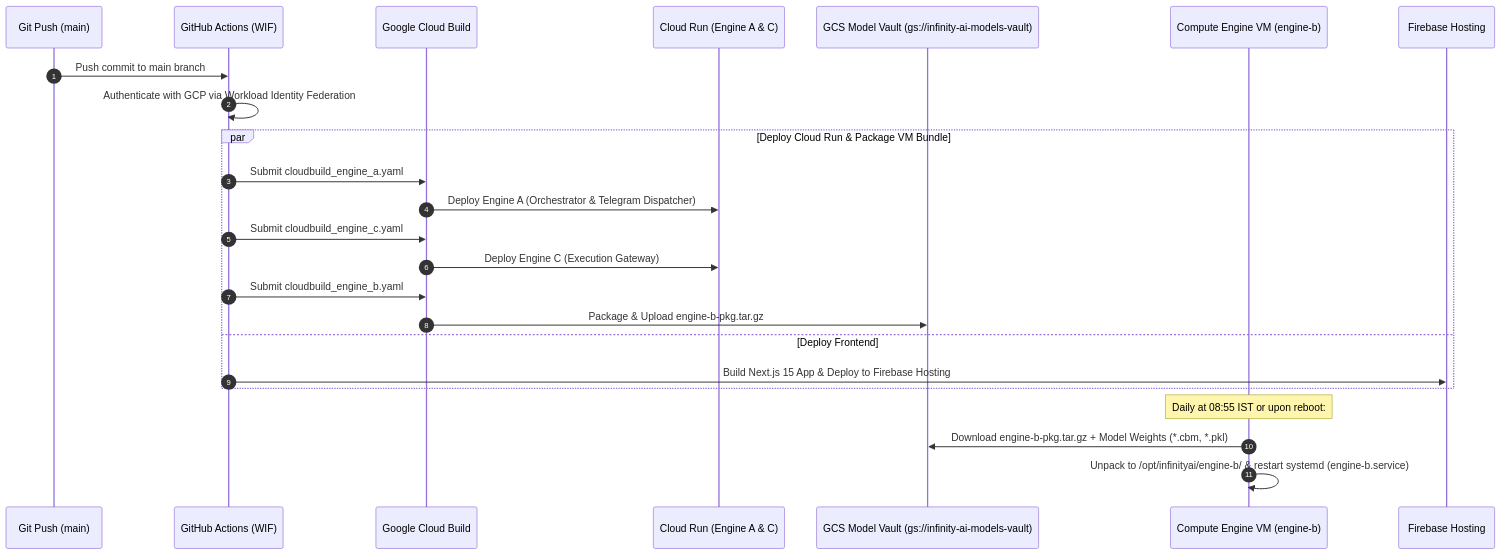
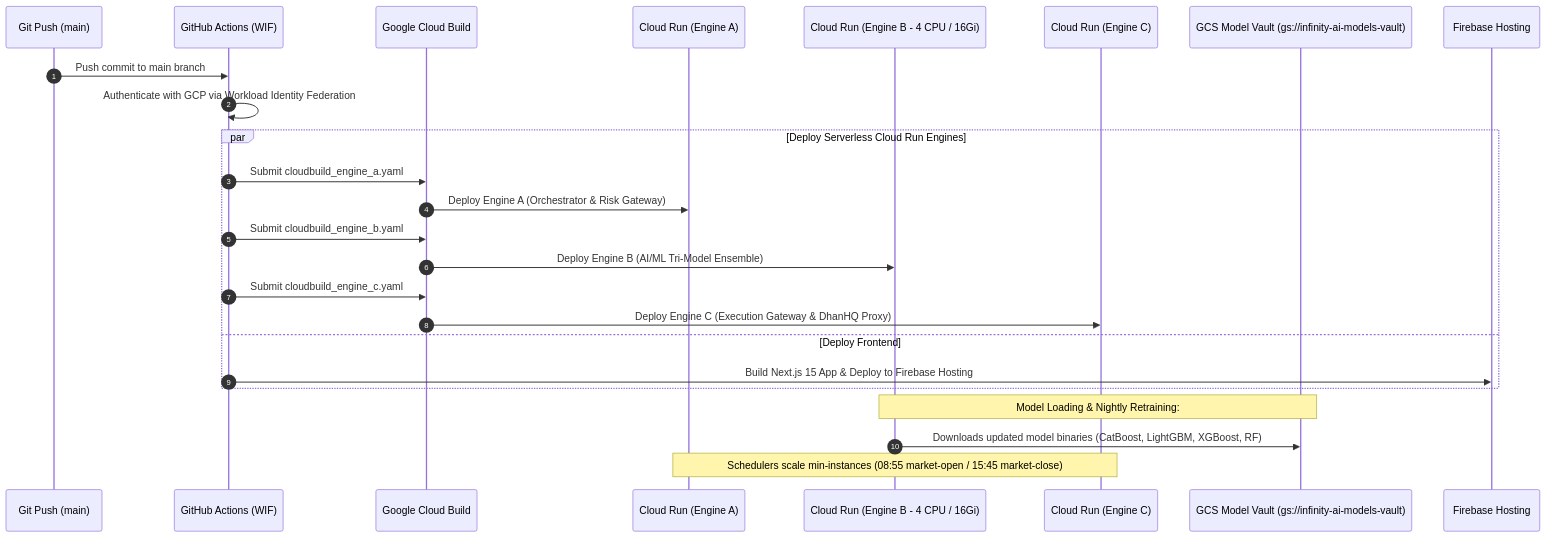
The second of 2 diagrams in README.md (raghu-1718/InfinityAI.Pro), drawn with Mermaid before and after one commit. The commit also changed other lines of this file and 8 other files, not shown here.

````diff
--- a/README.md
+++ b/README.md
@@ -192,31 +192,32 @@
 ```mermaid
 sequenceDiagram
     autonumber
     participant Dev as Git Push (main)
     participant GHA as GitHub Actions (WIF)
     participant CB as Google Cloud Build
-    participant CR as Cloud Run (Engine A & C)
+    participant CR_A as Cloud Run (Engine A)
+    participant CR_B as Cloud Run (Engine B - 4 CPU / 16Gi)
+    participant CR_C as Cloud Run (Engine C)
     participant GCS as GCS Model Vault (gs://infinity-ai-models-vault)
-    participant VM as Compute Engine VM (engine-b)
     participant FB as Firebase Hosting
 
     Dev->>GHA: Push commit to main branch
     GHA->>GHA: Authenticate with GCP via Workload Identity Federation
     
-    par Deploy Cloud Run & Package VM Bundle
+    par Deploy Serverless Cloud Run Engines
         GHA->>CB: Submit cloudbuild_engine_a.yaml
-        CB->>CR: Deploy Engine A (Orchestrator & Telegram Dispatcher)
+        CB->>CR_A: Deploy Engine A (Orchestrator & Risk Gateway)
+        
+        GHA->>CB: Submit cloudbuild_engine_b.yaml
+        CB->>CR_B: Deploy Engine B (AI/ML Tri-Model Ensemble)
         
         GHA->>CB: Submit cloudbuild_engine_c.yaml
-        CB->>CR: Deploy Engine C (Execution Gateway)
-        
-        GHA->>CB: Submit cloudbuild_engine_b.yaml
-        CB->>GCS: Package & Upload engine-b-pkg.tar.gz
+        CB->>CR_C: Deploy Engine C (Execution Gateway & DhanHQ Proxy)
     and Deploy Frontend
         GHA->>FB: Build Next.js 15 App & Deploy to Firebase Hosting
     end
 
-    Note over VM: Daily at 08:55 IST or upon reboot:
-    VM->>GCS: Download engine-b-pkg.tar.gz + Model Weights (*.cbm, *.pkl)
-    VM->>VM: Unpack to /opt/infinityai/engine-b/ & restart systemd (engine-b.service)
+    Note over CR_B,GCS: Model Loading & Nightly Retraining:
+    CR_B->>GCS: Downloads updated model binaries (CatBoost, LightGBM, XGBoost, RF)
+    Note over CR_A,CR_C: Schedulers scale min-instances (08:55 market-open / 15:45 market-close)
 ```
````
